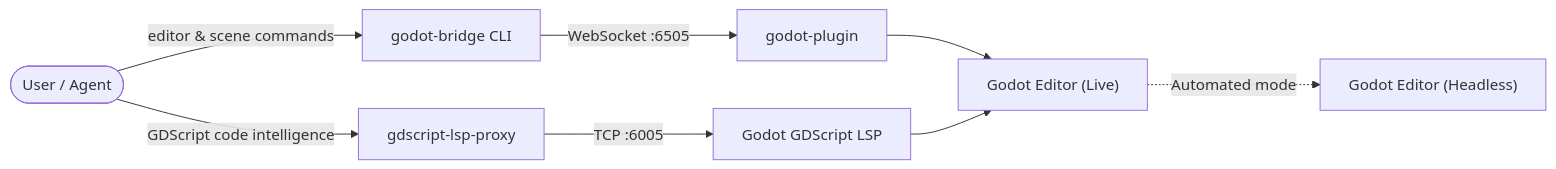
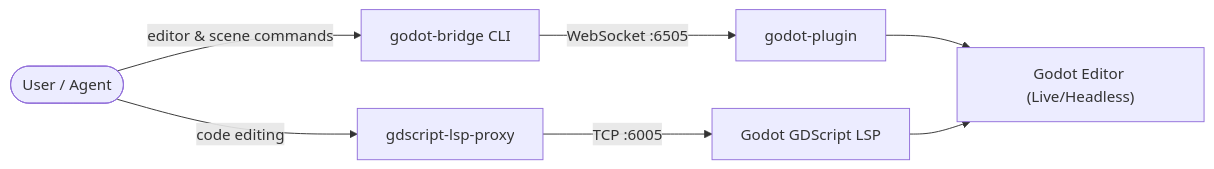
One commit to kkjang/godot-bridge changed the diagram in README.md. Above: the diagram before and after it, drawn with Mermaid.

Commit message:
docs: simplify flowchart labels and merge editor nodes
- Replace "GDScript code intelligence" with "code editing"
- Combine Godot Editor (Live) and (Headless) into a single node

https://claude.ai/code/session_01SP9171NLXxK79x4dKpTrdD

````diff
--- a/README.md
+++ b/README.md
@@ -13,15 +13,13 @@
 ```mermaid
 flowchart LR
     User(["User / Agent"])
 
     User -->|"editor & scene commands"| CLI["godot-bridge CLI"]
-    User -->|"GDScript code intelligence"| LSPProxy["gdscript-lsp-proxy"]
+    User -->|"code editing"| LSPProxy["gdscript-lsp-proxy"]
 
     CLI -->|"WebSocket :6505"| Plugin["godot-plugin"]
     LSPProxy -->|"TCP :6005"| GodotLSP["Godot GDScript LSP"]
 
-    Plugin --> EditorLive["Godot Editor (Live)"]
-    GodotLSP --> EditorLive
-
-    EditorLive -.->|"Automated mode"| EditorHeadless["Godot Editor (Headless)"]
+    Plugin --> Editor["Godot Editor (Live/Headless)"]
+    GodotLSP --> Editor
 ```
````
